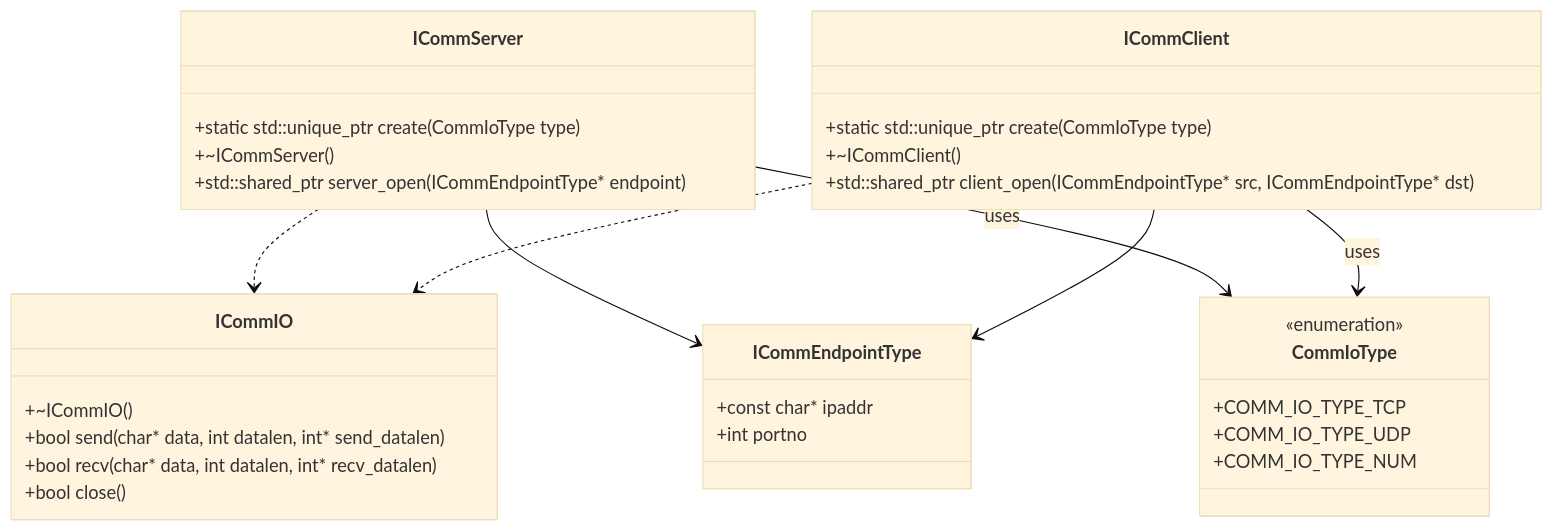
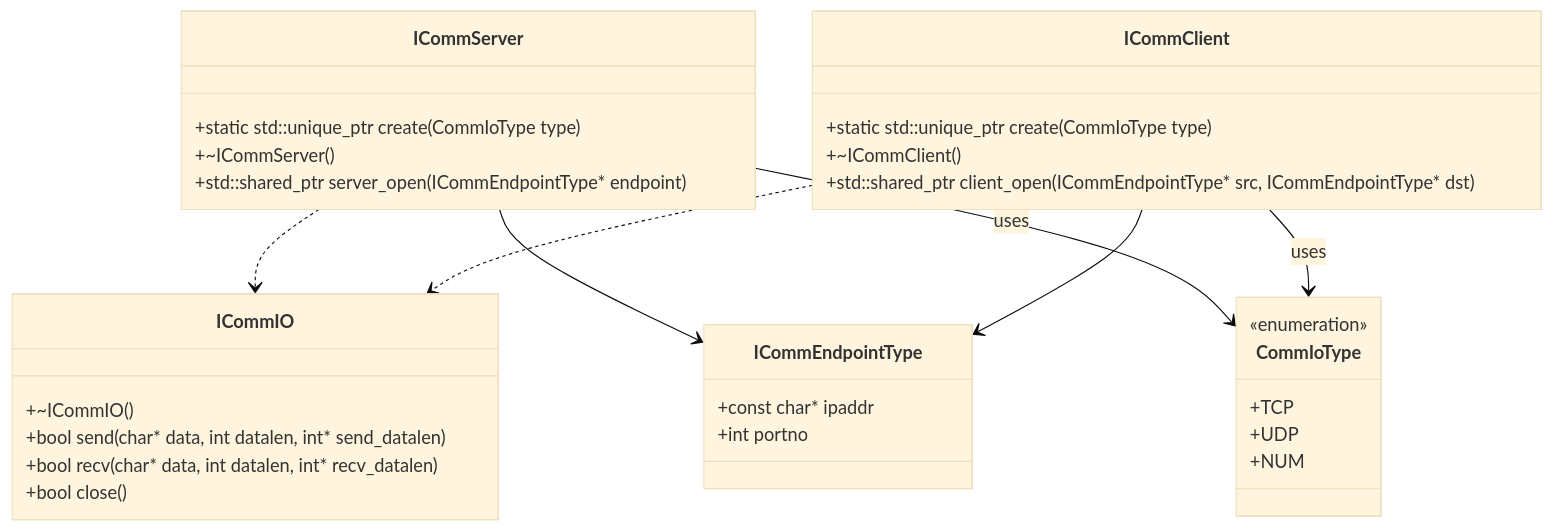
The first of 2 diagrams in docs/api/comm/api_comm.md (toppers/hakoniwa-drone-core), drawn with Mermaid (base theme) before and after one commit. The commit also changed 6 other files, not shown here.

````diff
--- a/docs/api/comm/api_comm.md
+++ b/docs/api/comm/api_comm.md
@@ -60,37 +60,37 @@
 ```mermaid
 classDiagram
     direction TB
     class ICommIO {
         +~ICommIO()
         +bool send(char* data, int datalen, int* send_datalen)
         +bool recv(char* data, int datalen, int* recv_datalen)
         +bool close()
     }
     class ICommServer {
         +static std::unique_ptr<ICommServer> create(CommIoType type)
         +~ICommServer()
         +std::shared_ptr<ICommIO> server_open(ICommEndpointType* endpoint)
     }
     class ICommClient {
         +static std::unique_ptr<ICommClient> create(CommIoType type)
         +~ICommClient()
         +std::shared_ptr<ICommIO> client_open(ICommEndpointType* src, ICommEndpointType* dst)
     }
     class ICommEndpointType {
         +const char* ipaddr
         +int portno
     }
     class CommIoType {
         <<enumeration>>
-        +COMM_IO_TYPE_TCP
-        +COMM_IO_TYPE_UDP
-        +COMM_IO_TYPE_NUM
+        +TCP
+        +UDP
+        +NUM
     }
 
     ICommServer ..> ICommIO
     ICommClient ..> ICommIO
     ICommServer --> ICommEndpointType
     ICommClient --> ICommEndpointType
     ICommServer --> CommIoType : uses
     ICommClient --> CommIoType : uses
 ```
````
